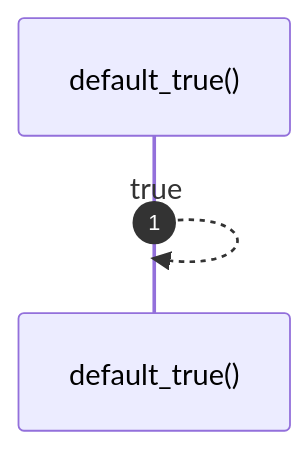
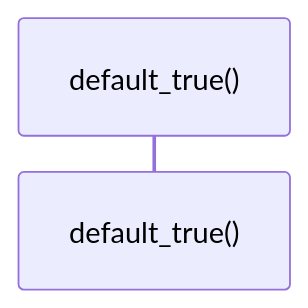
The diagram in docs/self-model/robby_ir/model/default-true.md (RyanGuild/self-describing-code), drawn with Mermaid before and after one commit. The commit also changed other lines of this file and 1404 other files, not shown here.

````diff
--- a/docs/self-model/robby_ir/model/default-true.md
+++ b/docs/self-model/robby_ir/model/default-true.md
@@ -18,6 +18,5 @@
 ```mermaid
 sequenceDiagram
     autonumber
     participant default_true as default_true()
-    default_true-->>default_true: true
 ```
````
